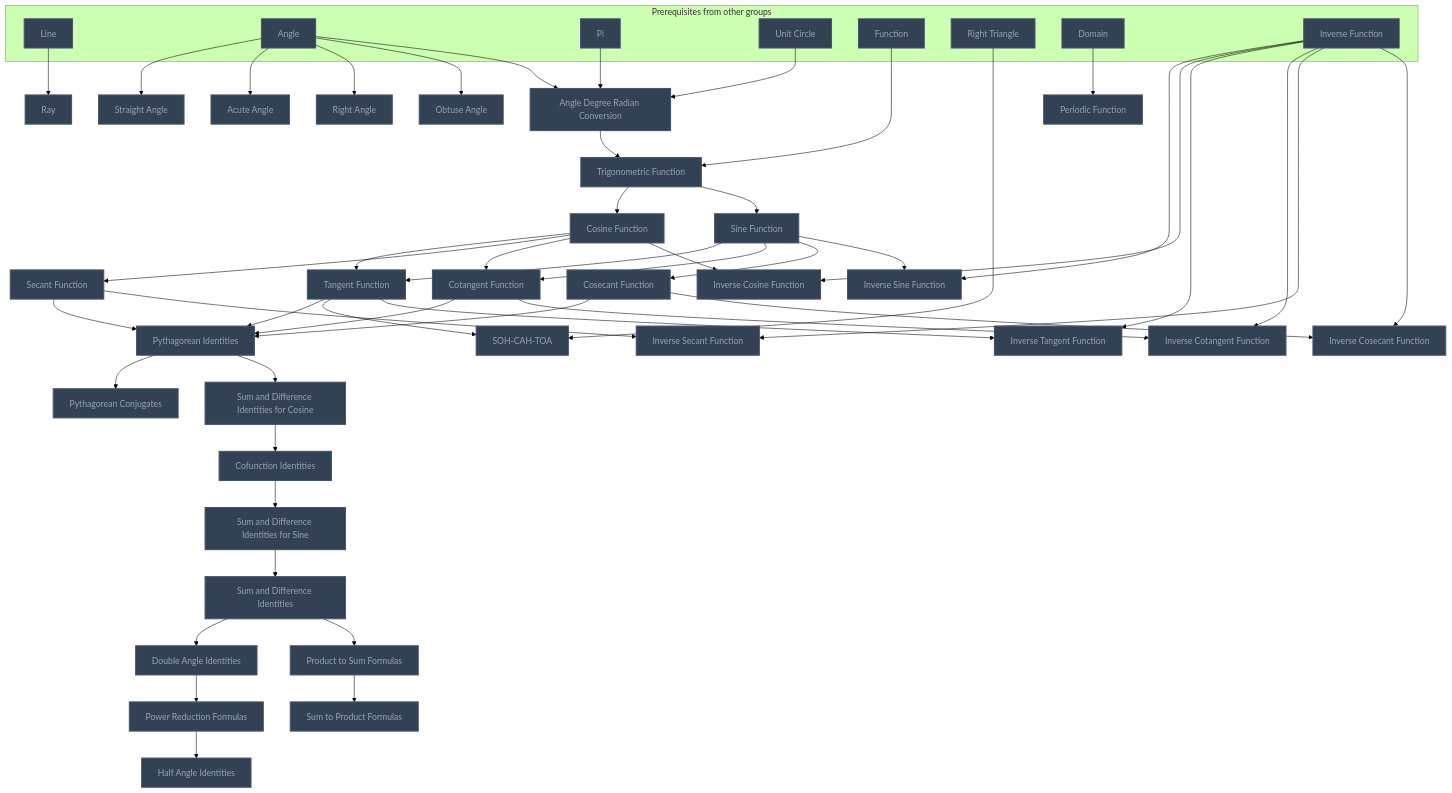
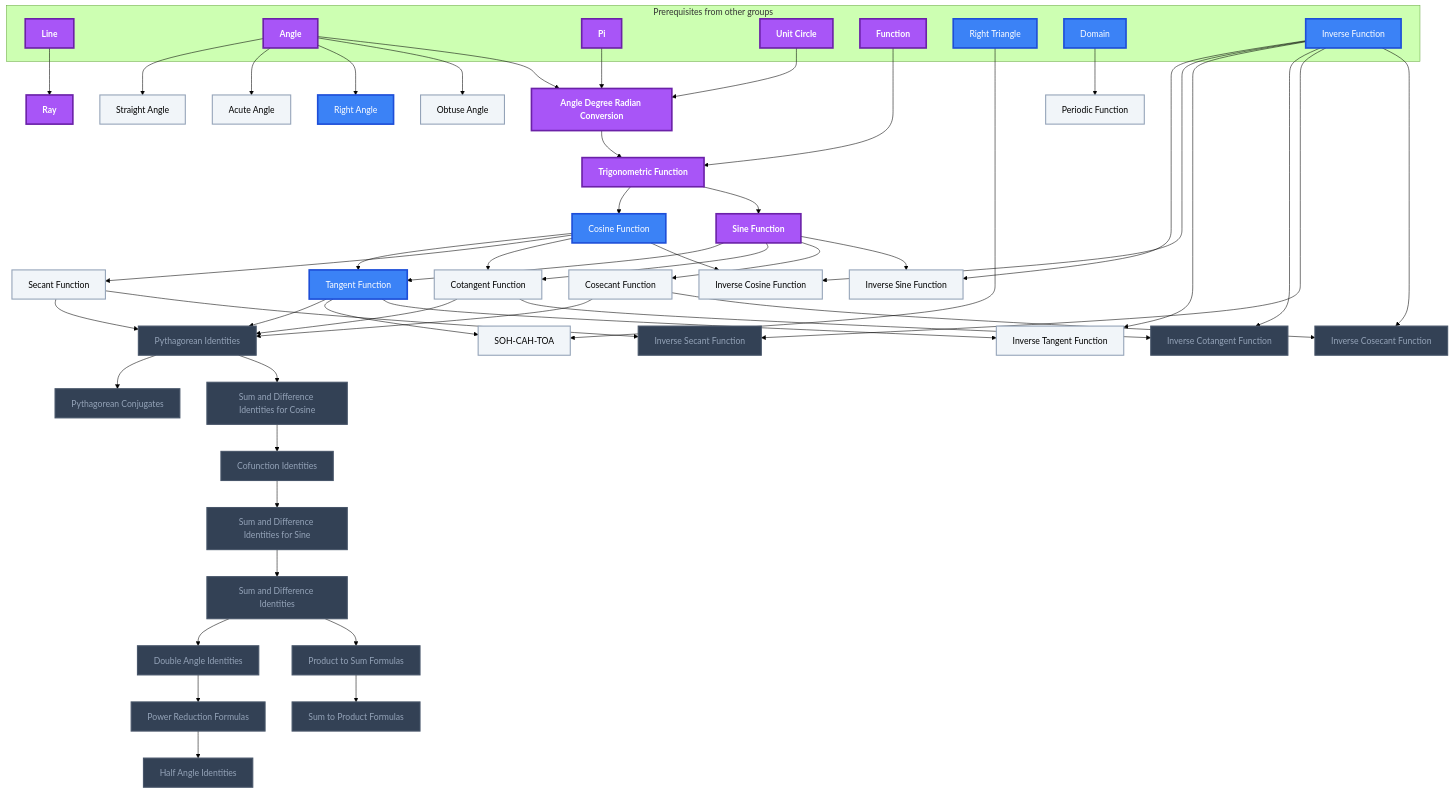
One commit to MRauf1/My-Notes changed the tenth of 11 diagrams in Gamification/Skill Trees/Pre-Calculus.md. Above: the diagram before and after it, drawn with Mermaid (forest theme). The commit also changed other lines of this file and 156 other files, not shown here.

````diff
--- a/Gamification/Skill Trees/Pre-Calculus.md
+++ b/Gamification/Skill Trees/Pre-Calculus.md
@@ -690,6 +711,9 @@
     n_secant_function --> n_inverse_secant_function
     n_inverse_function --> n_inverse_cosecant_function
     n_cosecant_function --> n_inverse_cosecant_function
-    class n_line,n_angle,n_pi,n_unit_circle,n_function,n_right_triangle,n_domain,n_inverse_function,n_ray,n_straight_angle,n_acute_angle,n_right_angle,n_obtuse_angle,n_angle_degree_radian_conversion,n_trigonometric_function,n_cosine_function,n_sine_function,n_tangent_function,n_secant_function,n_cotangent_function,n_cosecant_function,n_pythagorean_identities,n_soh_cah_toa,n_pythagorean_conjugates,n_sum_and_difference_identities_for_cosine,n_cofunction_identities,n_sum_and_difference_identities_for_sine,n_sum_and_difference_identities,n_double_angle_identities,n_power_reduction_formulas,n_half_angle_identities,n_product_to_sum_formulas,n_sum_to_product_formulas,n_periodic_function,n_inverse_sine_function,n_inverse_cosine_function,n_inverse_tangent_function,n_inverse_cotangent_function,n_inverse_secant_function,n_inverse_cosecant_function locked;
+    class n_pythagorean_identities,n_pythagorean_conjugates,n_sum_and_difference_identities_for_cosine,n_cofunction_identities,n_sum_and_difference_identities_for_sine,n_sum_and_difference_identities,n_double_angle_identities,n_power_reduction_formulas,n_half_angle_identities,n_product_to_sum_formulas,n_sum_to_product_formulas,n_inverse_cotangent_function,n_inverse_secant_function,n_inverse_cosecant_function locked;
+    class n_straight_angle,n_acute_angle,n_obtuse_angle,n_secant_function,n_cotangent_function,n_cosecant_function,n_soh_cah_toa,n_periodic_function,n_inverse_sine_function,n_inverse_cosine_function,n_inverse_tangent_function L0;
+    class n_right_triangle,n_domain,n_inverse_function,n_right_angle,n_cosine_function,n_tangent_function L2;
+    class n_line,n_angle,n_pi,n_unit_circle,n_function,n_ray,n_angle_degree_radian_conversion,n_trigonometric_function,n_sine_function L3;
     class n_line,n_angle,n_pi,n_unit_circle,n_function,n_right_triangle,n_domain,n_inverse_function,n_ray,n_straight_angle,n_acute_angle,n_right_angle,n_obtuse_angle,n_angle_degree_radian_conversion,n_trigonometric_function,n_cosine_function,n_sine_function,n_tangent_function,n_secant_function,n_cotangent_function,n_cosecant_function,n_pythagorean_identities,n_soh_cah_toa,n_pythagorean_conjugates,n_sum_and_difference_identities_for_cosine,n_cofunction_identities,n_sum_and_difference_identities_for_sine,n_sum_and_difference_identities,n_double_angle_identities,n_power_reduction_formulas,n_half_angle_identities,n_product_to_sum_formulas,n_sum_to_product_formulas,n_periodic_function,n_inverse_sine_function,n_inverse_cosine_function,n_inverse_tangent_function,n_inverse_cotangent_function,n_inverse_secant_function,n_inverse_cosecant_function internal-link;
 ```
````
